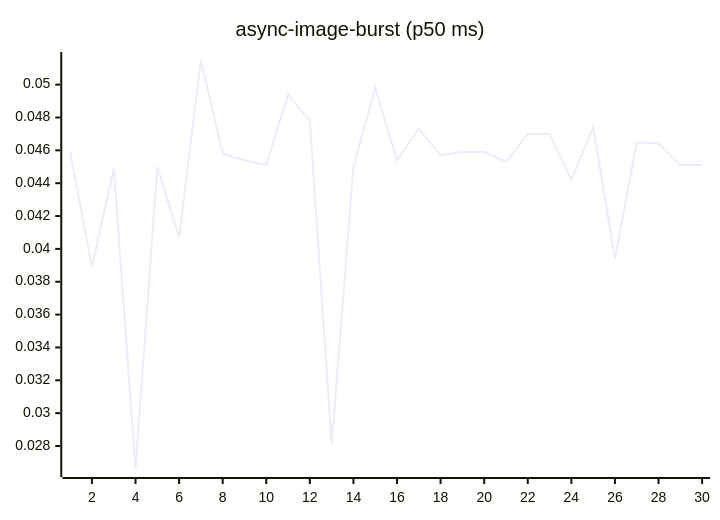
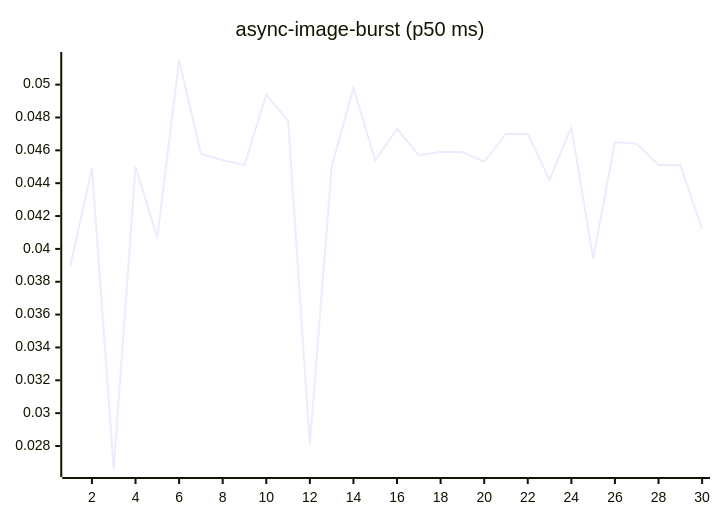
One commit to josha/Facet changed the fourth of 27 diagrams in README.md. Above: the diagram before and after it, drawn with Mermaid. The commit also changed other lines of this file and 2 other files, not shown here.

````diff
--- a/README.md
+++ b/README.md
@@ -84,6 +84,6 @@
 ```mermaid
 xychart-beta
     title "async-image-burst (p50 ms)"
     x-axis 1 --> 30
-    line [0.0459, 0.0389, 0.0449, 0.0266, 0.0450, 0.0407, 0.0515, 0.0458, 0.0454, 0.0451, 0.0494, 0.0478, 0.0281, 0.0450, 0.0498, 0.0454, 0.0473, 0.0457, 0.0459, 0.0459, 0.0453, 0.0470, 0.0470, 0.0442, 0.0474, 0.0394, 0.0465, 0.0464, 0.0451, 0.0451]
+    line [0.0389, 0.0449, 0.0266, 0.0450, 0.0407, 0.0515, 0.0458, 0.0454, 0.0451, 0.0494, 0.0478, 0.0281, 0.0450, 0.0498, 0.0454, 0.0473, 0.0457, 0.0459, 0.0459, 0.0453, 0.0470, 0.0470, 0.0442, 0.0474, 0.0394, 0.0465, 0.0464, 0.0451, 0.0451, 0.0412]
 ```
````
